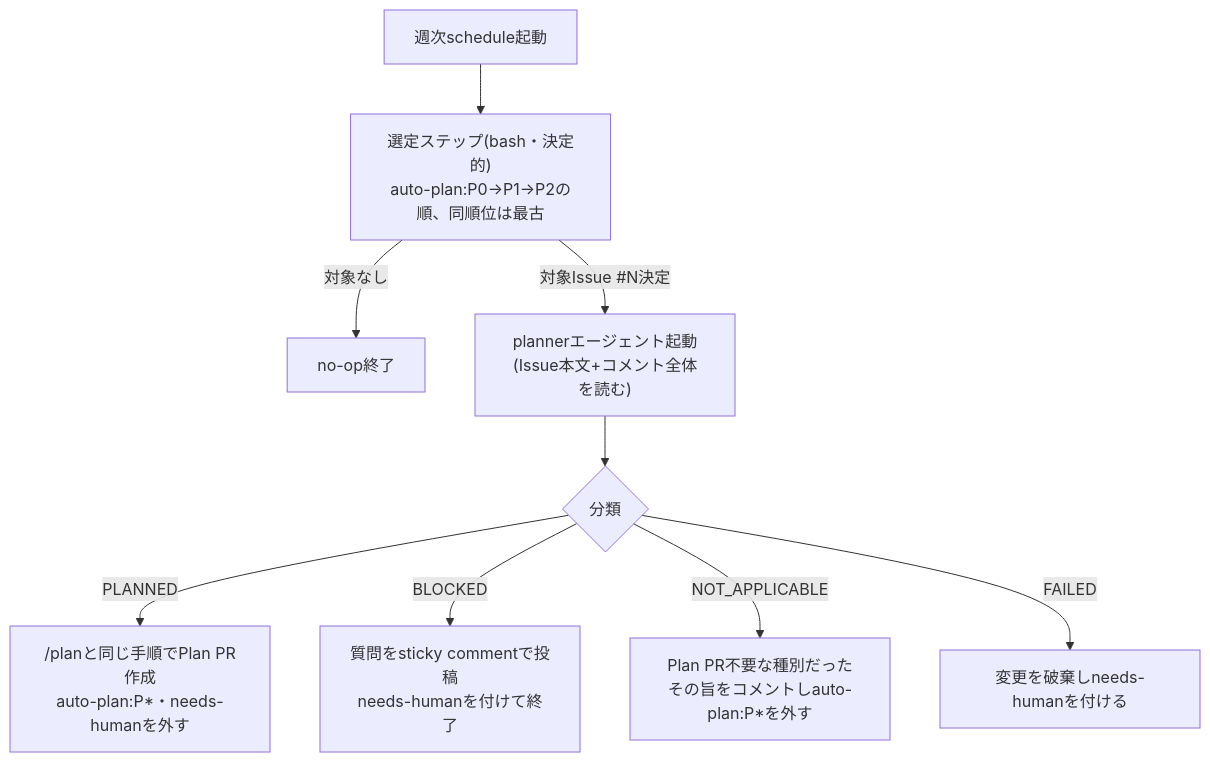
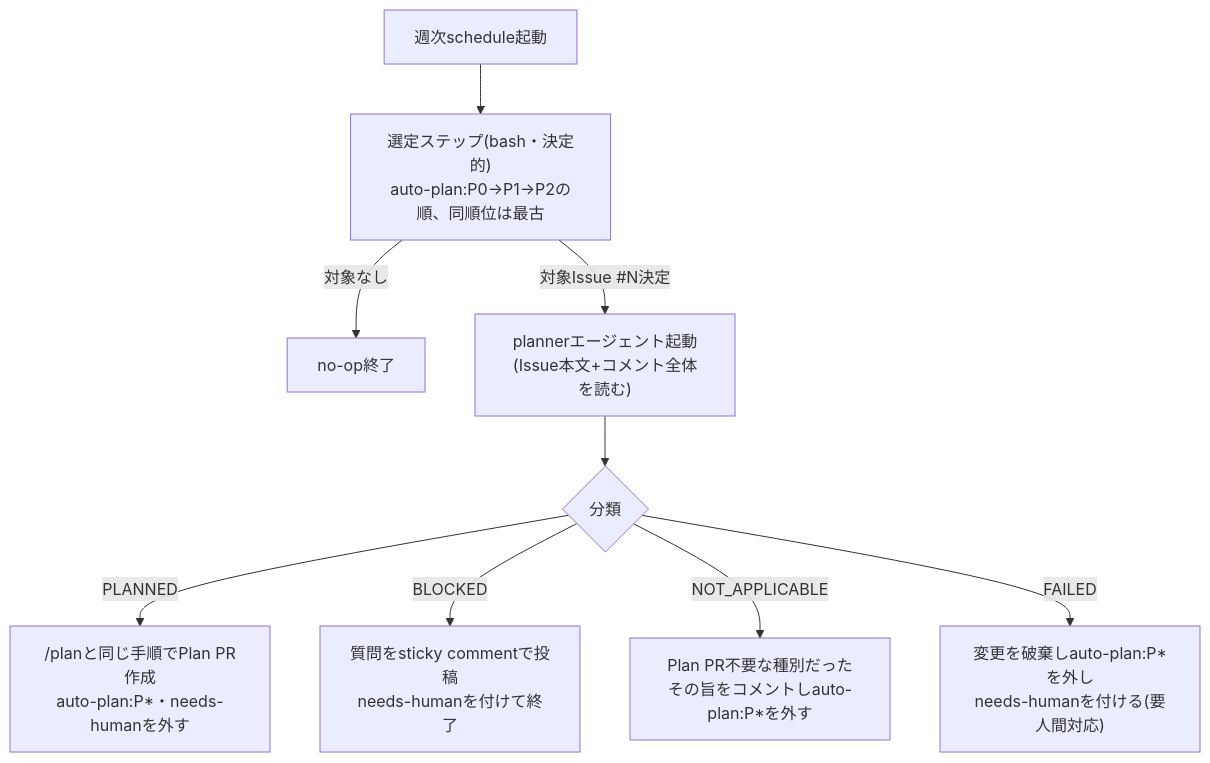
One commit to ebichan88/swiss-stage changed the fifth of 5 diagrams in .claude/01_development_docs/11_cicd_design.md. Above: the diagram before and after it, drawn with Mermaid. The commit also changed 2 other files, not shown here.

Commit message:
docs: Plan Review/Design Reviewの再指摘に対応(FAILED時のラベル矛盾・途中失敗時の復旧設計)
前回の修正でADRとPlan/CI-CD設計書の間にFAILED時のneeds-human扱いの矛盾を
作り込んでいた(ADRは外す、Plan側は付ける、と逆に書かれていた)ため統一する。
FAILEDはauto-plan:P*を外すがneeds-humanは付ける(人間の確認が必要なため)。

あわせて、plannerエージェント自体がジョブタイムアウト等で4分類のどれにも
到達できず終了した場合の復旧策が未定義だった抜けに対応: ブランチ名を
feature/plan-auto-<issue番号>-<slug>に固定し、選定ステップで同名ブランチの
残存を検知したらneeds-humanを付けてskipする(自動削除・再作成はしない)。

Applied: failed-classification-needs-human-label-conflict
Applied: no-partial-failure-recovery-design

````diff
--- a/.claude/01_development_docs/11_cicd_design.md
+++ b/.claude/01_development_docs/11_cicd_design.md
@@ -582,11 +582,11 @@
 ```mermaid
 flowchart TD
     A["週次schedule起動"] --> B["選定ステップ(bash・決定的)<br/>auto-plan:P0→P1→P2の順、同順位は最古"]
     B -->|"対象なし"| Z["no-op終了"]
     B -->|"対象Issue #N決定"| C["plannerエージェント起動<br/>(Issue本文+コメント全体を読む)"]
     C --> D{"分類"}
     D -->|"PLANNED"| E["/planと同じ手順でPlan PR作成<br/>auto-plan:P*・needs-humanを外す"]
     D -->|"BLOCKED"| F["質問をsticky commentで投稿<br/>needs-humanを付けて終了"]
     D -->|"NOT_APPLICABLE"| G["Plan PR不要な種別だった<br/>その旨をコメントしauto-plan:P*を外す"]
-    D -->|"FAILED"| H["変更を破棄しneeds-humanを付ける"]
+    D -->|"FAILED"| H["変更を破棄しauto-plan:P*を外し<br/>needs-humanを付ける(要人間対応)"]
 ```
````
